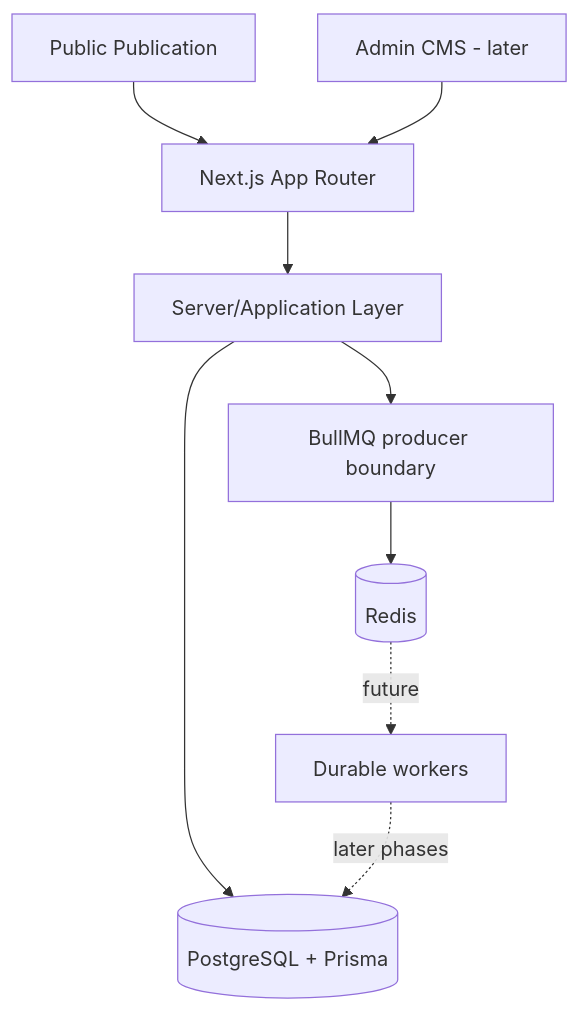
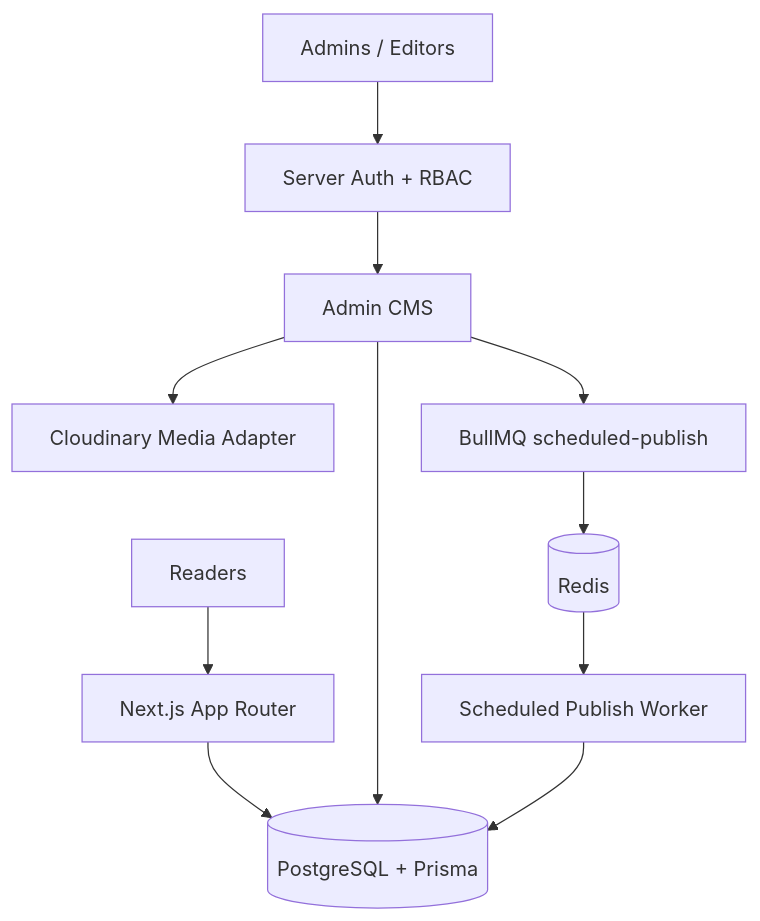
The diagram in README.md (YounasKhan2/living-journal), drawn with Mermaid before and after one commit. The commit also changed other lines of this file, not shown here.

Commit message:
docs: update auth cms media and worker status

````diff
--- a/README.md
+++ b/README.md
@@ -56,11 +60,13 @@
 ```mermaid
 flowchart TB
-  Public[Public Publication] --> Next[Next.js App Router]
-  CMS[Admin CMS - later] --> Next
-  Next --> Server[Server/Application Layer]
-  Server --> DB[(PostgreSQL + Prisma)]
-  Server --> Queue[BullMQ producer boundary]
+  Reader[Readers] --> Next[Next.js App Router]
+  Editor[Admins / Editors] --> Auth[Server Auth + RBAC]
+  Auth --> CMS[Admin CMS]
+  Next --> DB[(PostgreSQL + Prisma)]
+  CMS --> DB
+  CMS --> Media[Cloudinary Media Adapter]
+  CMS --> Queue[BullMQ scheduled-publish]
   Queue --> Redis[(Redis)]
-  Redis -. future .-> Workers[Durable workers]
-  Workers -. later phases .-> DB
+  Redis --> Worker[Scheduled Publish Worker]
+  Worker --> DB
 ```
````
